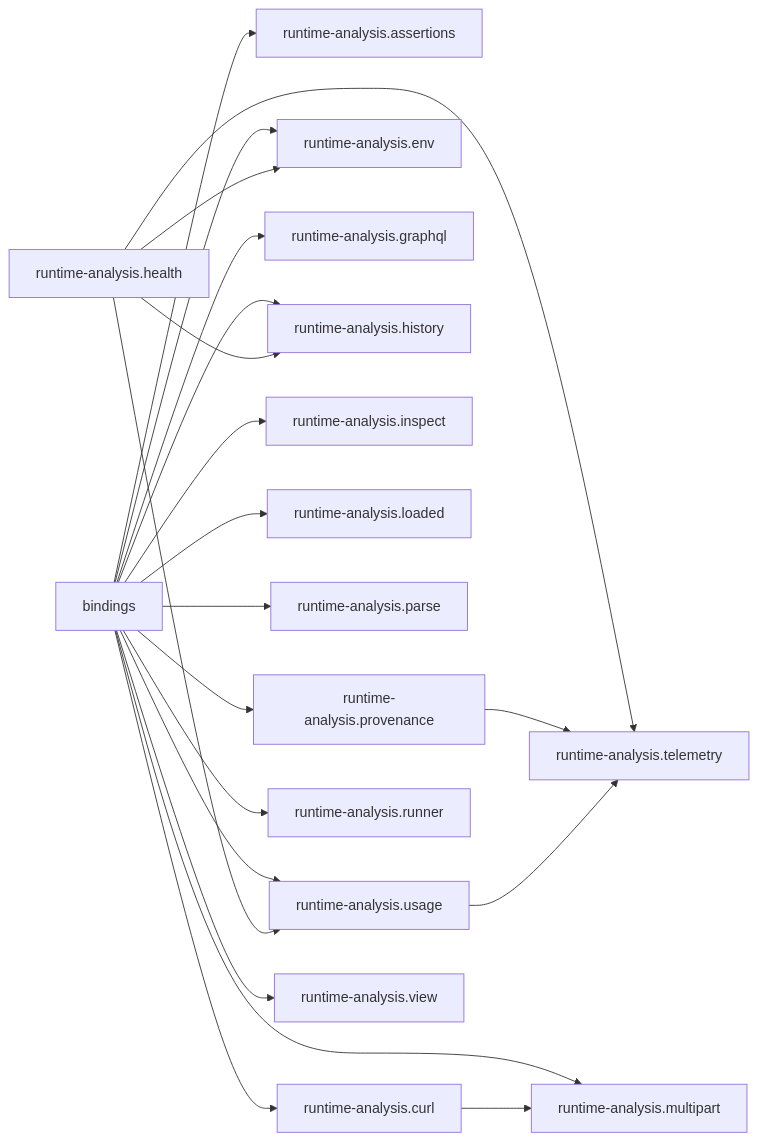
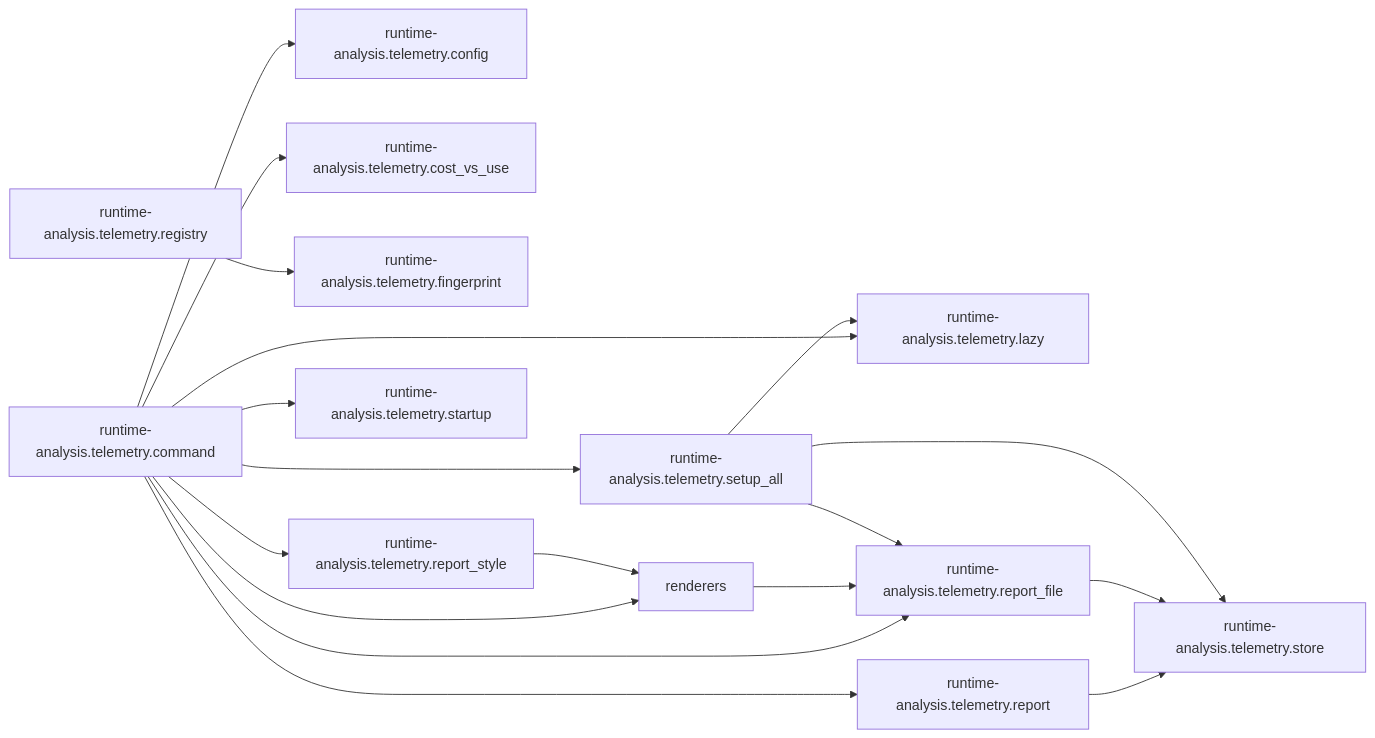
One commit to StefanBartl/runtime-analysis.nvim changed the second of 2 diagrams in docs/map/overview.md. Above: the diagram before and after it, drawn with Mermaid. The commit also changed other lines of this file and 14 other files, not shown here.

First line of the commit message:
feat: RATelemetrySetupAll/SetupAllFull, RATelemetryResetAll

````diff
--- a/docs/map/overview.md
+++ b/docs/map/overview.md
@@ -34,39 +34,33 @@
 ```mermaid
 flowchart LR
-  nlua_runtime_analysis_assertions_lua["runtime-analysis.assertions"]
-  nlua_runtime_analysis_bindings["bindings"]
-  nlua_runtime_analysis_curl_lua["runtime-analysis.curl"]
-  nlua_runtime_analysis_env_lua["runtime-analysis.env"]
-  nlua_runtime_analysis_graphql_lua["runtime-analysis.graphql"]
-  nlua_runtime_analysis_health_lua["runtime-analysis.health"]
-  nlua_runtime_analysis_history_lua["runtime-analysis.history"]
-  nlua_runtime_analysis_inspect_lua["runtime-analysis.inspect"]
-  nlua_runtime_analysis_loaded_lua["runtime-analysis.loaded"]
-  nlua_runtime_analysis_multipart_lua["runtime-analysis.multipart"]
-  nlua_runtime_analysis_parse_lua["runtime-analysis.parse"]
-  nlua_runtime_analysis_provenance_lua["runtime-analysis.provenance"]
-  nlua_runtime_analysis_runner_lua["runtime-analysis.runner"]
-  nlua_runtime_analysis_telemetry["runtime-analysis.telemetry"]
-  nlua_runtime_analysis_usage_lua["runtime-analysis.usage"]
-  nlua_runtime_analysis_view_lua["runtime-analysis.view"]
-  nlua_runtime_analysis_bindings --> nlua_runtime_analysis_assertions_lua
-  nlua_runtime_analysis_bindings --> nlua_runtime_analysis_curl_lua
-  nlua_runtime_analysis_bindings --> nlua_runtime_analysis_env_lua
-  nlua_runtime_analysis_bindings --> nlua_runtime_analysis_graphql_lua
-  nlua_runtime_analysis_bindings --> nlua_runtime_analysis_history_lua
-  nlua_runtime_analysis_bindings --> nlua_runtime_analysis_inspect_lua
-  nlua_runtime_analysis_bindings --> nlua_runtime_analysis_loaded_lua
-  nlua_runtime_analysis_bindings --> nlua_runtime_analysis_multipart_lua
-  nlua_runtime_analysis_bindings --> nlua_runtime_analysis_parse_lua
-  nlua_runtime_analysis_bindings --> nlua_runtime_analysis_provenance_lua
-  nlua_runtime_analysis_bindings --> nlua_runtime_analysis_runner_lua
-  nlua_runtime_analysis_bindings --> nlua_runtime_analysis_usage_lua
-  nlua_runtime_analysis_bindings --> nlua_runtime_analysis_view_lua
-  nlua_runtime_analysis_curl_lua --> nlua_runtime_analysis_multipart_lua
-  nlua_runtime_analysis_health_lua --> nlua_runtime_analysis_env_lua
-  nlua_runtime_analysis_health_lua --> nlua_runtime_analysis_history_lua
-  nlua_runtime_analysis_health_lua --> nlua_runtime_analysis_telemetry
-  nlua_runtime_analysis_health_lua --> nlua_runtime_analysis_usage_lua
-  nlua_runtime_analysis_provenance_lua --> nlua_runtime_analysis_telemetry
-  nlua_runtime_analysis_usage_lua --> nlua_runtime_analysis_telemetry
+  nlua_runtime_analysis_telemetry_command_lua["runtime-analysis.telemetry.command"]
+  nlua_runtime_analysis_telemetry_config_lua["runtime-analysis.telemetry.config"]
+  nlua_runtime_analysis_telemetry_cost_vs_use_lua["runtime-analysis.telemetry.cost_vs_use"]
+  nlua_runtime_analysis_telemetry_fingerprint_lua["runtime-analysis.telemetry.fingerprint"]
+  nlua_runtime_analysis_telemetry_lazy_lua["runtime-analysis.telemetry.lazy"]
+  nlua_runtime_analysis_telemetry_registry_lua["runtime-analysis.telemetry.registry"]
+  nlua_runtime_analysis_telemetry_renderers["renderers"]
+  nlua_runtime_analysis_telemetry_report_lua["runtime-analysis.telemetry.report"]
+  nlua_runtime_analysis_telemetry_report_file_lua["runtime-analysis.telemetry.report_file"]
+  nlua_runtime_analysis_telemetry_report_style_lua["runtime-analysis.telemetry.report_style"]
+  nlua_runtime_analysis_telemetry_setup_all_lua["runtime-analysis.telemetry.setup_all"]
+  nlua_runtime_analysis_telemetry_startup_lua["runtime-analysis.telemetry.startup"]
+  nlua_runtime_analysis_telemetry_store_lua["runtime-analysis.telemetry.store"]
+  nlua_runtime_analysis_telemetry_command_lua --> nlua_runtime_analysis_telemetry_config_lua
+  nlua_runtime_analysis_telemetry_command_lua --> nlua_runtime_analysis_telemetry_cost_vs_use_lua
+  nlua_runtime_analysis_telemetry_command_lua --> nlua_runtime_analysis_telemetry_lazy_lua
+  nlua_runtime_analysis_telemetry_command_lua --> nlua_runtime_analysis_telemetry_renderers
+  nlua_runtime_analysis_telemetry_command_lua --> nlua_runtime_analysis_telemetry_report_lua
+  nlua_runtime_analysis_telemetry_command_lua --> nlua_runtime_analysis_telemetry_report_file_lua
+  nlua_runtime_analysis_telemetry_command_lua --> nlua_runtime_analysis_telemetry_report_style_lua
+  nlua_runtime_analysis_telemetry_command_lua --> nlua_runtime_analysis_telemetry_setup_all_lua
+  nlua_runtime_analysis_telemetry_command_lua --> nlua_runtime_analysis_telemetry_startup_lua
+  nlua_runtime_analysis_telemetry_registry_lua --> nlua_runtime_analysis_telemetry_fingerprint_lua
+  nlua_runtime_analysis_telemetry_renderers --> nlua_runtime_analysis_telemetry_report_file_lua
+  nlua_runtime_analysis_telemetry_report_lua --> nlua_runtime_analysis_telemetry_store_lua
+  nlua_runtime_analysis_telemetry_report_file_lua --> nlua_runtime_analysis_telemetry_store_lua
+  nlua_runtime_analysis_telemetry_report_style_lua --> nlua_runtime_analysis_telemetry_renderers
+  nlua_runtime_analysis_telemetry_setup_all_lua --> nlua_runtime_analysis_telemetry_lazy_lua
+  nlua_runtime_analysis_telemetry_setup_all_lua --> nlua_runtime_analysis_telemetry_report_file_lua
+  nlua_runtime_analysis_telemetry_setup_all_lua --> nlua_runtime_analysis_telemetry_store_lua
 ```
````
